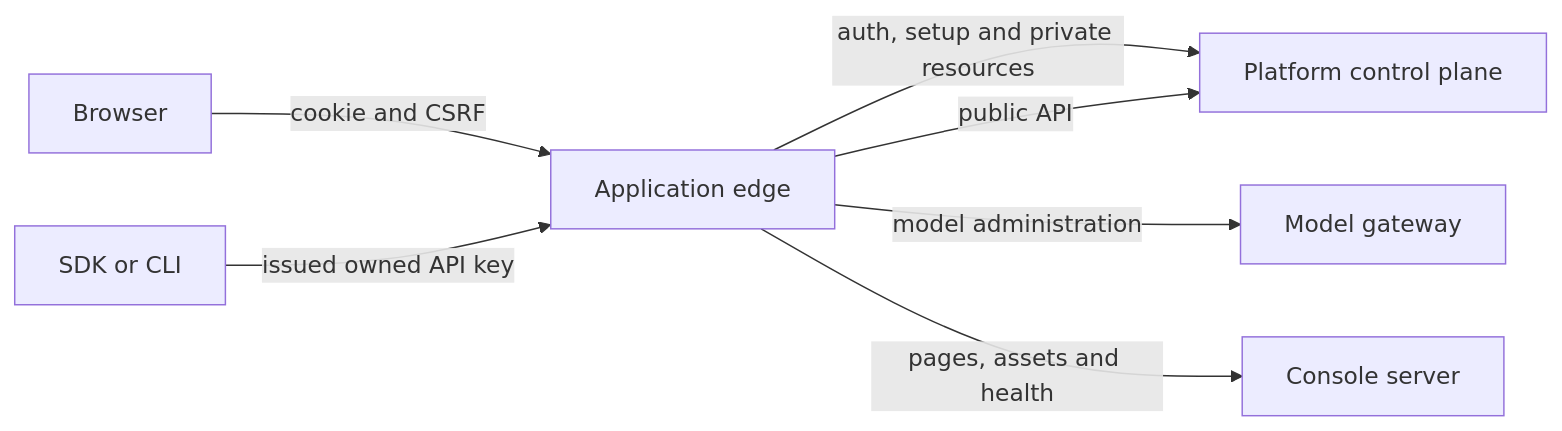
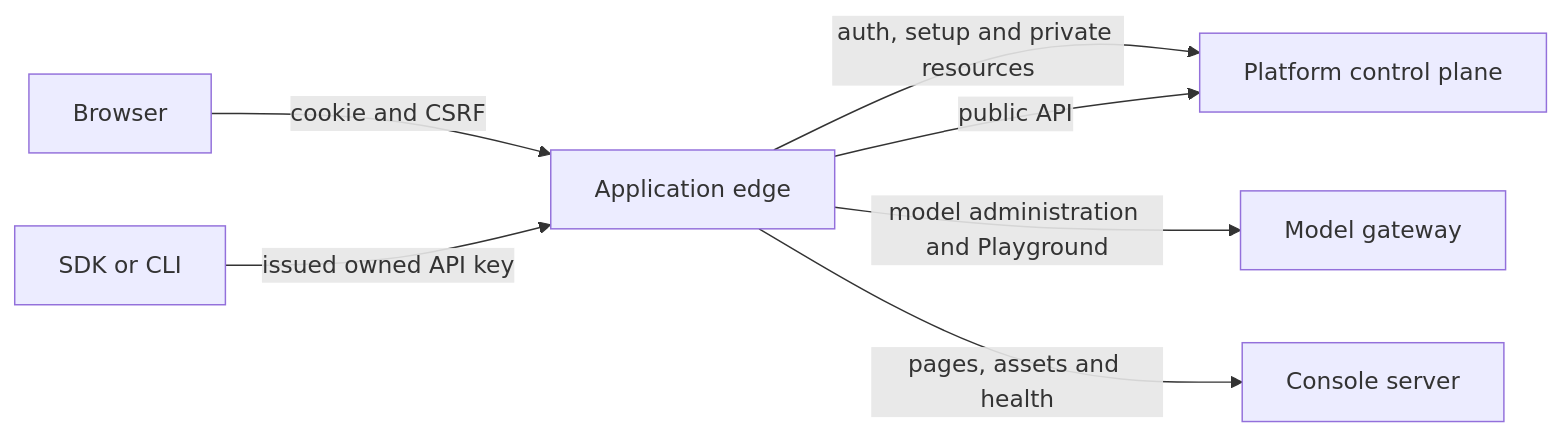
The diagram in README.md (OpenSDLC-Dev/managed-agent-console), drawn with Mermaid before and after one commit. The commit also changed other lines of this file and 22 other files, not shown here.

````diff
--- a/README.md
+++ b/README.md
@@ -15,9 +15,9 @@
 ```mermaid
 flowchart LR
   Browser -->|cookie and CSRF| Edge[Application edge]
   Edge -->|auth, setup and private resources| Controlplane[Platform control plane]
-  Edge -->|model administration| Gateway[Model gateway]
+  Edge -->|model administration and Playground| Gateway[Model gateway]
   Edge -->|pages, assets and health| Console[Console server]
   Client[SDK or CLI] -->|issued owned API key| Edge
   Edge -->|public API| Controlplane
 ```
````
